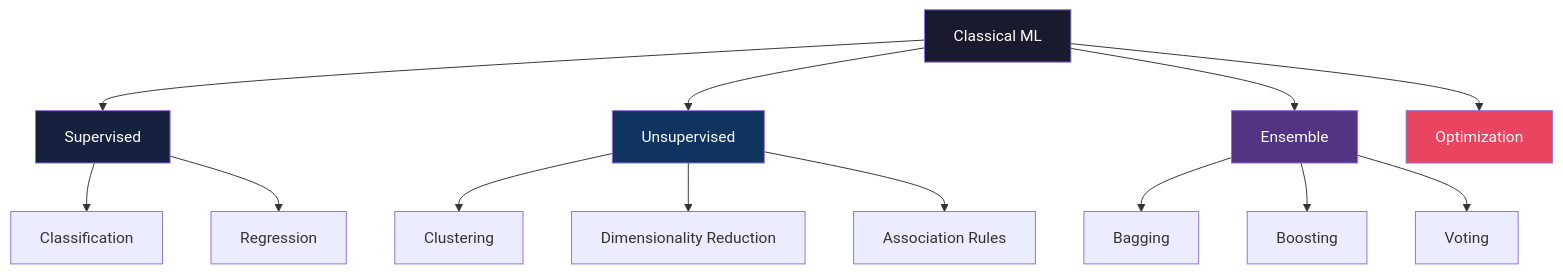
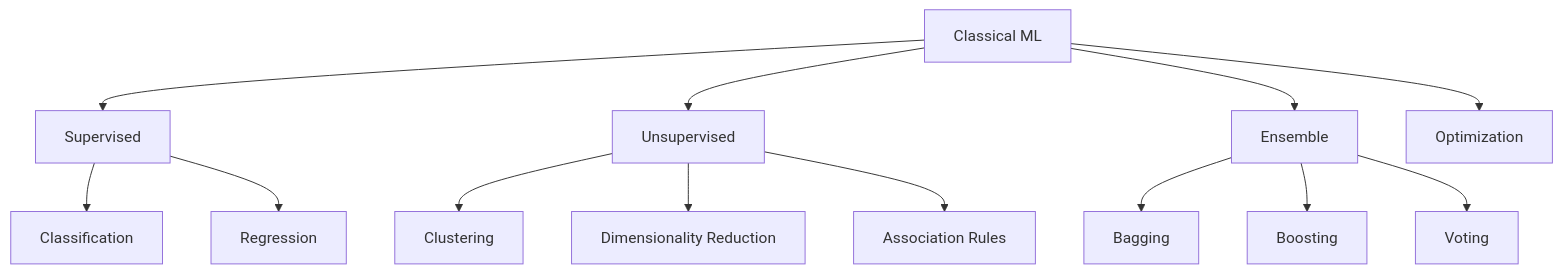
Before and after one commit to equalfm3/MLCLASSICALIMPLEMENTATION: the first of 6 diagrams in README.md, drawn with Mermaid. The commit also changed other lines of this file, not shown here.

Commit message:
Fix mermaid: remove subgraphs and style directives for GitHub rendering

````diff
--- a/README.md
+++ b/README.md
@@ -9,24 +9,15 @@
 ```mermaid
 graph TD
     A[Classical ML] --> B[Supervised]
     A --> C[Unsupervised]
     A --> D[Ensemble]
     A --> E[Optimization]
-    
     B --> B1[Classification]
     B --> B2[Regression]
-    
     C --> C1[Clustering]
     C --> C2[Dimensionality Reduction]
     C --> C3[Association Rules]
-    
     D --> D1[Bagging]
     D --> D2[Boosting]
     D --> D3[Voting]
-    
-    style A fill:#1a1a2e,color:#fff
-    style B fill:#16213e,color:#fff
-    style C fill:#0f3460,color:#fff
-    style D fill:#533483,color:#fff
-    style E fill:#e94560,color:#fff
 ```
````
